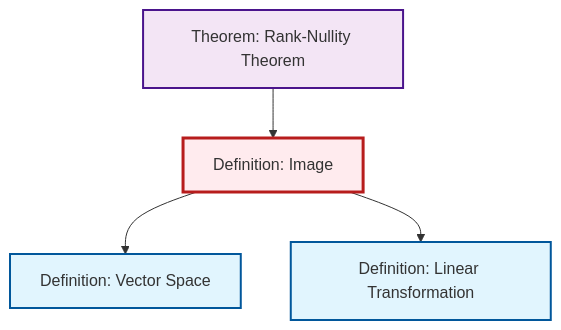
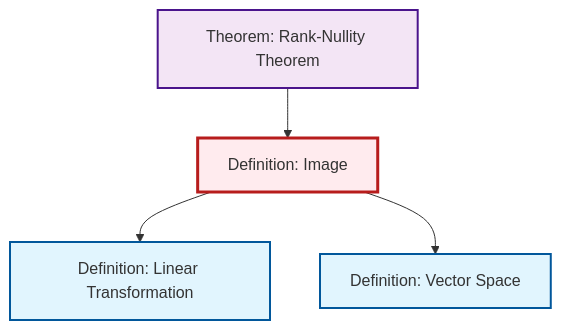
The diagram in content/en/algebra/def-image.qmd (RK0429/ModernMath), drawn with Mermaid before and after one commit. The commit also changed other lines of this file and 434 other files, not shown here.

````diff
--- a/content/en/algebra/def-image.qmd
+++ b/content/en/algebra/def-image.qmd
@@ -51,20 +51,20 @@
 ```{mermaid}
 %%| fig-cap: "Local dependency graph"
 graph TD
     classDef definition fill:#e1f5fe,stroke:#01579b,stroke-width:2px
     classDef theorem fill:#f3e5f5,stroke:#4a148c,stroke-width:2px
     classDef axiom fill:#fff3e0,stroke:#e65100,stroke-width:2px
     classDef example fill:#e8f5e9,stroke:#1b5e20,stroke-width:2px
     classDef current fill:#ffebee,stroke:#b71c1c,stroke-width:3px
-    def-image["Definition: Image"]:::definition
-    def-vector-space["Definition: Vector Space"]:::definition
     def-linear-transformation["Definition: Linear Transformation"]:::definition
     thm-rank-nullity["Theorem: Rank-Nullity Theorem"]:::theorem
-    def-image --> def-vector-space
+    def-vector-space["Definition: Vector Space"]:::definition
+    def-image["Definition: Image"]:::definition
     thm-rank-nullity --> def-image
     def-image --> def-linear-transformation
+    def-image --> def-vector-space
     class def-image current
-    click def-vector-space "def-vector-space.html" "Go to Vector Space definition"
     click def-linear-transformation "def-linear-transformation.html" "Go to Linear Transformation definition"
     click thm-rank-nullity "thm-rank-nullity.html" "Go to Rank-Nullity Theorem theorem"
+    click def-vector-space "def-vector-space.html" "Go to Vector Space definition"
 ```
````
